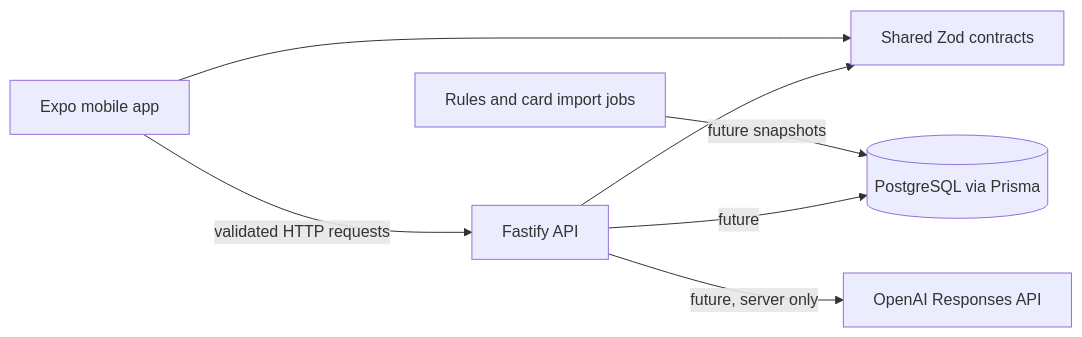
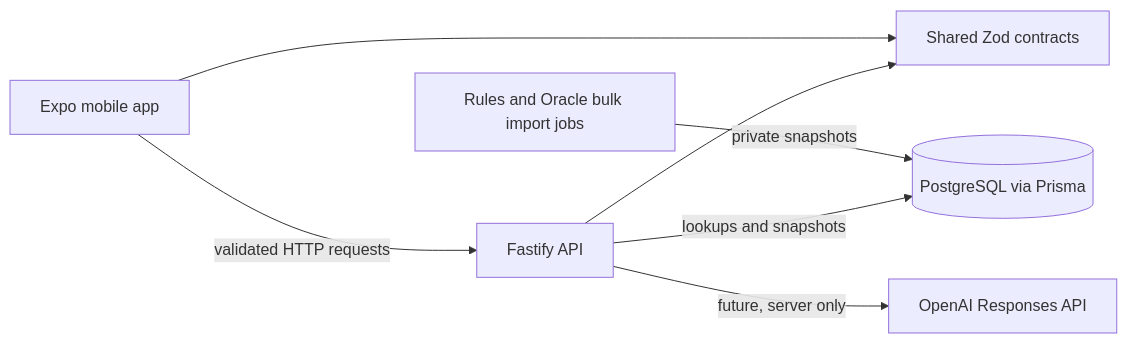
Before and after one commit to aleiruiz/MTGRulesLawyer: the diagram in docs/architecture.md, drawn with Mermaid. The commit also changed other lines of this file and 13 other files, not shown here.

First line of the commit message:
feat(cards): import Oracle bulk data (D03)

````diff
--- a/docs/architecture.md
+++ b/docs/architecture.md
@@ -15,9 +15,9 @@
 ```mermaid
 flowchart LR
   Mobile[Expo mobile app] -->|validated HTTP requests| API[Fastify API]
   API --> Contracts[Shared Zod contracts]
   Mobile --> Contracts
-  API -->|future| DB[(PostgreSQL via Prisma)]
+  API -->|lookups and snapshots| DB[(PostgreSQL via Prisma)]
   API -->|future, server only| Model[OpenAI Responses API]
-  Sources[Rules and card import jobs] -->|future snapshots| DB
+  Sources[Rules and Oracle bulk import jobs] -->|private snapshots| DB
 ```
````
